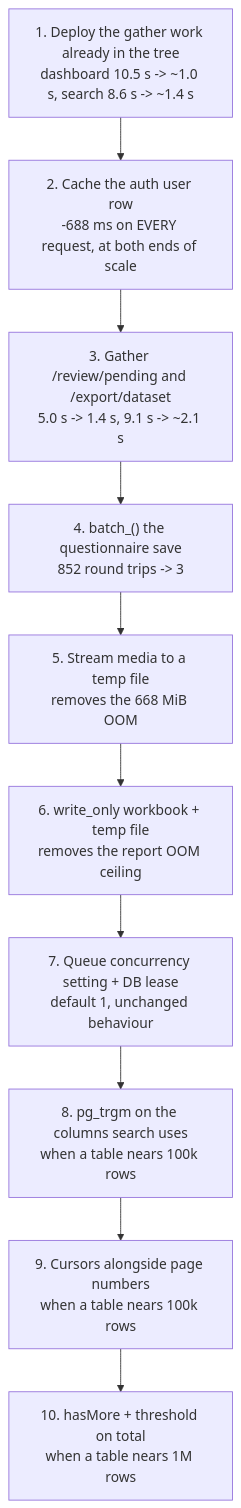
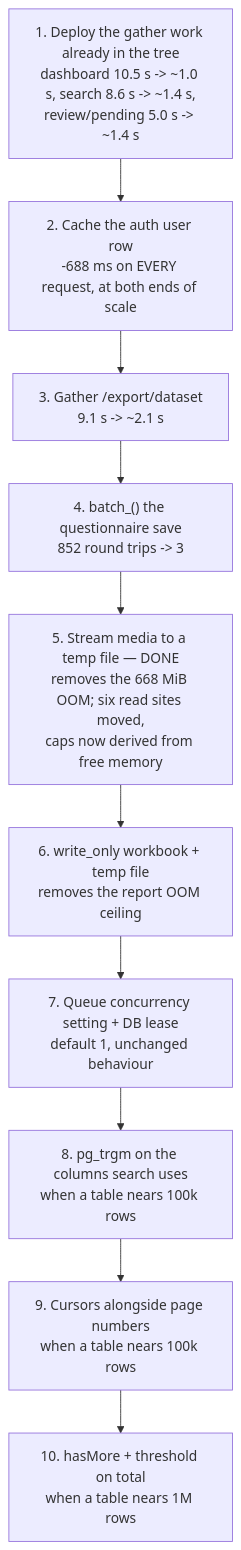
One commit to cxacraftecosystem-ui/designer-portal changed the fifth of 5 diagrams in docs/SCALABILITY.md. Above: the diagram before and after it, drawn with Mermaid. The commit also changed other lines of this file and 500 other files, not shown here.

````diff
--- a/docs/SCALABILITY.md
+++ b/docs/SCALABILITY.md
@@ -1064,15 +1308,15 @@
 ```mermaid
 flowchart TB
-  s1["1. Deploy the gather work already in the tree<br/>dashboard 10.5 s -> ~1.0 s, search 8.6 s -> ~1.4 s"]
+  s1["1. Deploy the gather work already in the tree<br/>dashboard 10.5 s -> ~1.0 s, search 8.6 s -> ~1.4 s,<br/>review/pending 5.0 s -> ~1.4 s"]
   s2["2. Cache the auth user row<br/>-688 ms on EVERY request, at both ends of scale"]
-  s3["3. Gather /review/pending and /export/dataset<br/>5.0 s -> 1.4 s, 9.1 s -> ~2.1 s"]
+  s3["3. Gather /export/dataset<br/>9.1 s -> ~2.1 s"]
   s4["4. batch_() the questionnaire save<br/>852 round trips -> 3"]
-  s5["5. Stream media to a temp file<br/>removes the 668 MiB OOM"]
+  s5["5. Stream media to a temp file — DONE<br/>removes the 668 MiB OOM; six read sites moved,<br/>caps now derived from free memory"]
   s6["6. write_only workbook + temp file<br/>removes the report OOM ceiling"]
   s7["7. Queue concurrency setting + DB lease<br/>default 1, unchanged behaviour"]
   s8["8. pg_trgm on the columns search uses<br/>when a table nears 100k rows"]
   s9["9. Cursors alongside page numbers<br/>when a table nears 100k rows"]
   s10["10. hasMore + threshold on total<br/>when a table nears 1M rows"]
 
   s1 --> s2 --> s3 --> s4 --> s5 --> s6 --> s7 --> s8 --> s9 --> s10
 ```
````
